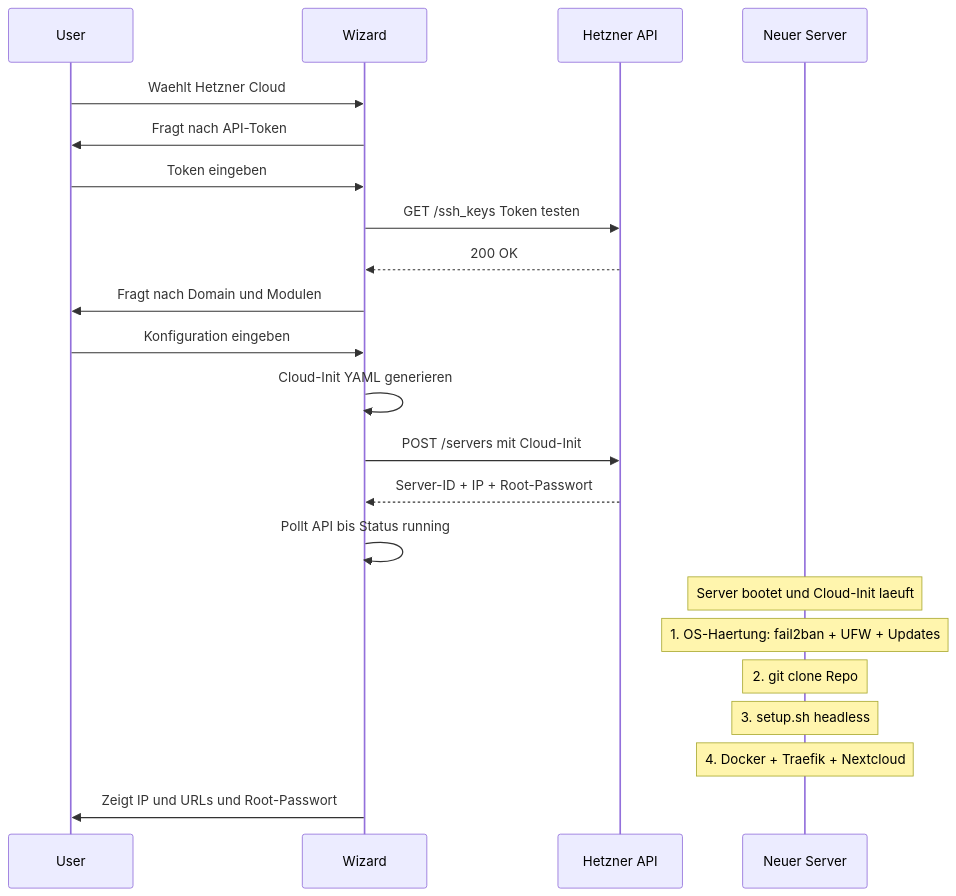
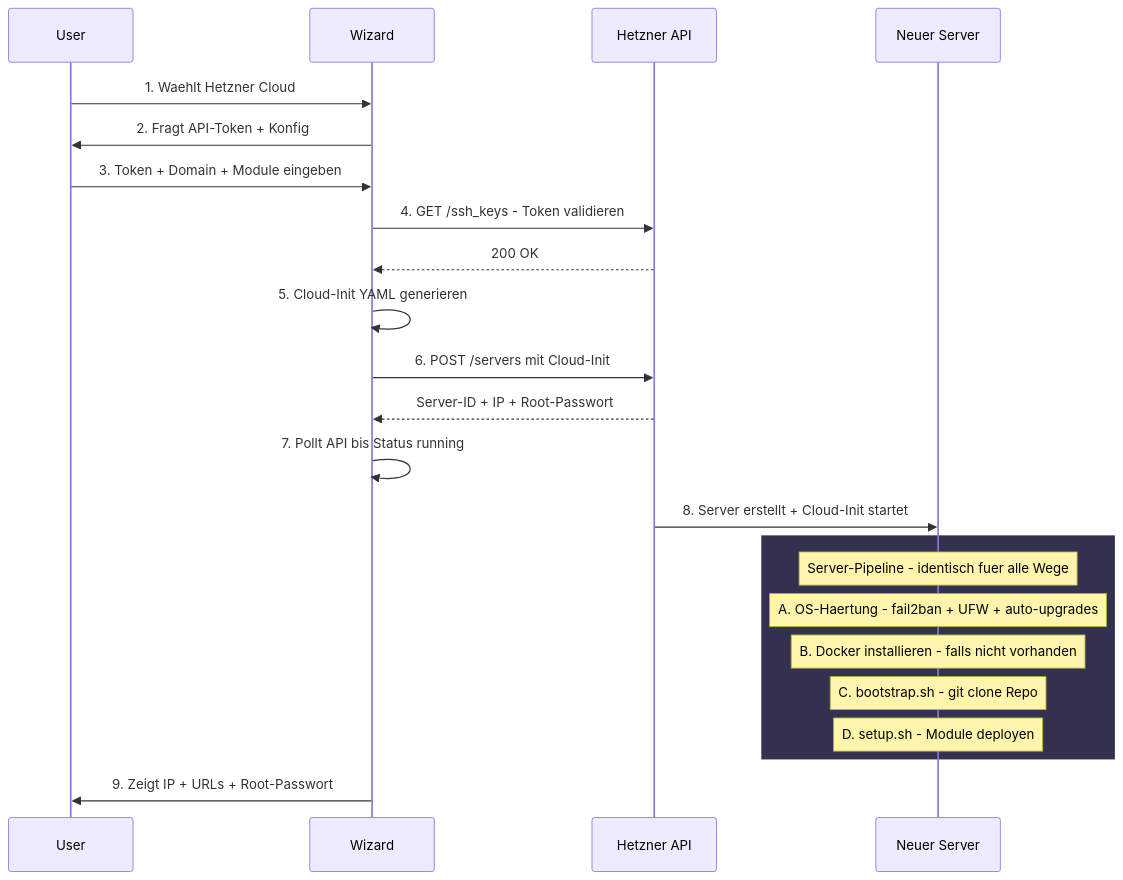
The second of 7 diagrams in docs/architektur-uebersicht.md (DPSG-Eschborn/infrastructure-configs), drawn with Mermaid before and after one commit. The commit also changed other lines of this file, not shown here.

Commit message:
better architecture-docs

````diff
--- a/docs/architektur-uebersicht.md
+++ b/docs/architektur-uebersicht.md
@@ -81,30 +83,29 @@
 ```mermaid
 sequenceDiagram
     participant U as User
     participant W as Wizard
     participant API as Hetzner API
     participant SRV as Neuer Server
 
-    U->>W: Waehlt Hetzner Cloud
-    W->>U: Fragt nach API-Token
-    U->>W: Token eingeben
-    W->>API: GET /ssh_keys Token testen
+    U->>W: 1. Waehlt Hetzner Cloud
+    W->>U: 2. Fragt API-Token + Konfig
+    U->>W: 3. Token + Domain + Module eingeben
+    W->>API: 4. GET /ssh_keys - Token validieren
     API-->>W: 200 OK
 
-    W->>U: Fragt nach Domain und Modulen
-    U->>W: Konfiguration eingeben
+    W->>W: 5. Cloud-Init YAML generieren
+    W->>API: 6. POST /servers mit Cloud-Init
+    API-->>W: Server-ID + IP + Root-Passwort
+    W->>W: 7. Pollt API bis Status running
+    API->>SRV: 8. Server erstellt + Cloud-Init startet
 
-    W->>W: Cloud-Init YAML generieren
-    W->>API: POST /servers mit Cloud-Init
-    API-->>W: Server-ID + IP + Root-Passwort
+    rect rgb(50, 50, 80)
+        Note over SRV: Server-Pipeline - identisch fuer alle Wege
+        Note over SRV: A. OS-Haertung - fail2ban + UFW + auto-upgrades
+        Note over SRV: B. Docker installieren - falls nicht vorhanden
+        Note over SRV: C. bootstrap.sh - git clone Repo
+        Note over SRV: D. setup.sh - Module deployen
+    end
 
-    W->>W: Pollt API bis Status running
-
-    Note over SRV: Server bootet und Cloud-Init laeuft
-    Note over SRV: 1. OS-Haertung: fail2ban + UFW + Updates
-    Note over SRV: 2. git clone Repo
-    Note over SRV: 3. setup.sh headless
-    Note over SRV: 4. Docker + Traefik + Nextcloud
-
-    W->>U: Zeigt IP und URLs und Root-Passwort
+    W->>U: 9. Zeigt IP + URLs + Root-Passwort
 ```
````
